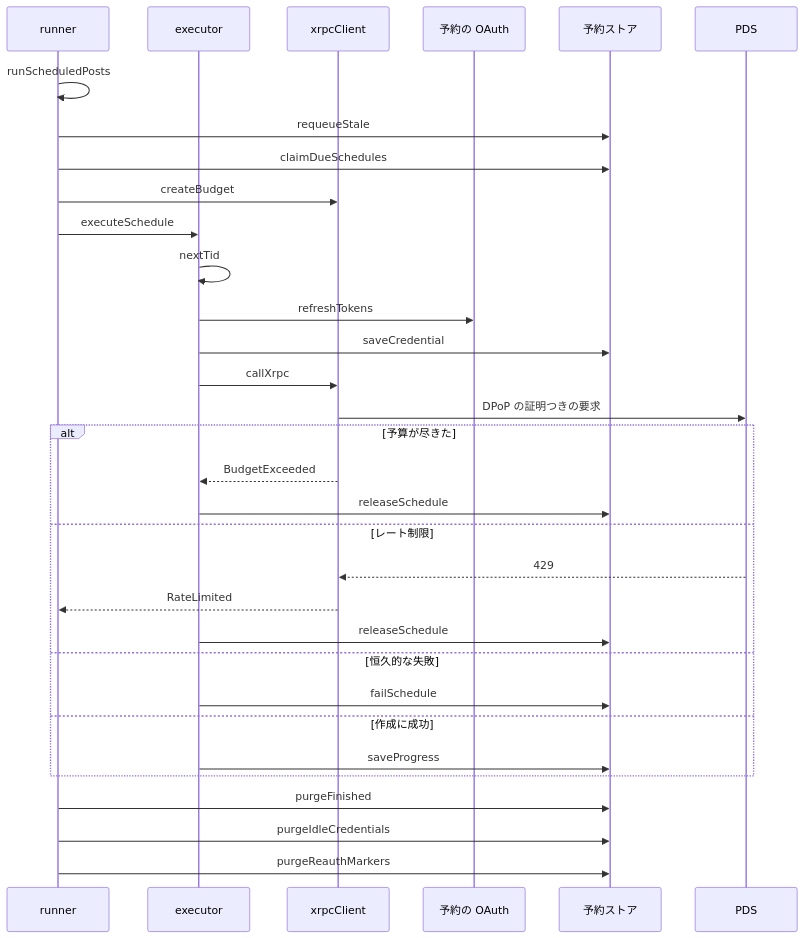
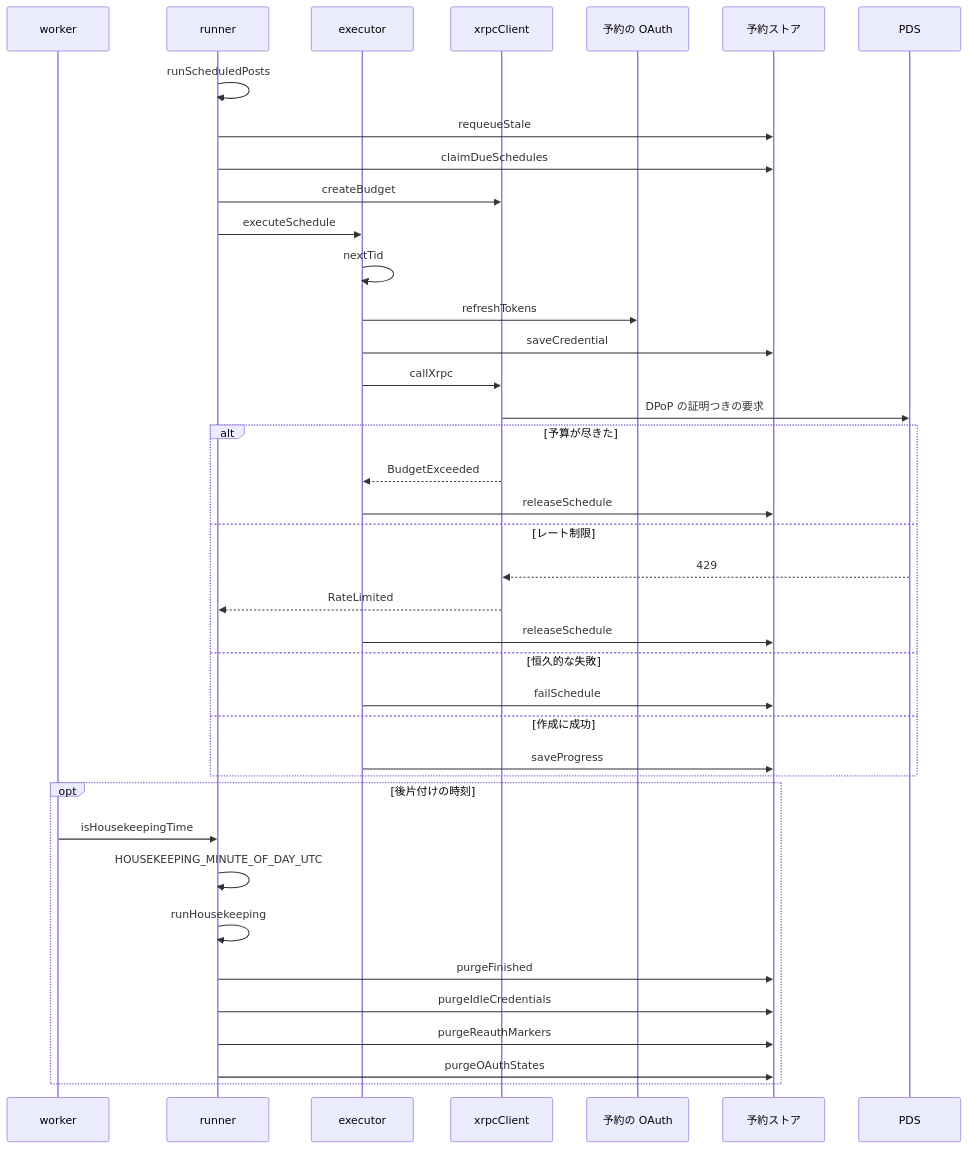
One commit to nekono-dev/skyshare changed the second of 3 diagrams in specs/schedule-runner/design.md. Above: the diagram before and after it, drawn with Mermaid. The commit also changed other lines of this file and 36 other files, not shown here.

````diff
--- a/specs/schedule-runner/design.md
+++ b/specs/schedule-runner/design.md
@@ -35,34 +35,41 @@
 ```mermaid
 sequenceDiagram
+  participant worker
   participant runner
   participant executor
   participant xrpcClient
   participant ext_oauth as 予約の OAuth
   participant ext_store as 予約ストア
   participant ext_pds as PDS
   runner->>runner: runScheduledPosts
   runner->>ext_store: requeueStale
   runner->>ext_store: claimDueSchedules
   runner->>xrpcClient: createBudget
   runner->>executor: executeSchedule
   executor->>executor: nextTid
   executor->>ext_oauth: refreshTokens
   executor->>ext_store: saveCredential
   executor->>xrpcClient: callXrpc
   xrpcClient->>ext_pds: DPoP の証明つきの要求
   alt 予算が尽きた
     xrpcClient-->>executor: BudgetExceeded
     executor->>ext_store: releaseSchedule
   else レート制限
     ext_pds-->>xrpcClient: 429
     xrpcClient-->>runner: RateLimited
     executor->>ext_store: releaseSchedule
   else 恒久的な失敗
     executor->>ext_store: failSchedule
   else 作成に成功
     executor->>ext_store: saveProgress
   end
-  runner->>ext_store: purgeFinished
-  runner->>ext_store: purgeIdleCredentials
-  runner->>ext_store: purgeReauthMarkers
+  opt 後片付けの時刻
+    worker->>runner: isHousekeepingTime
+    runner->>runner: HOUSEKEEPING_MINUTE_OF_DAY_UTC
+    runner->>runner: runHousekeeping
+    runner->>ext_store: purgeFinished
+    runner->>ext_store: purgeIdleCredentials
+    runner->>ext_store: purgeReauthMarkers
+    runner->>ext_store: purgeOAuthStates
+  end
 ```
````
